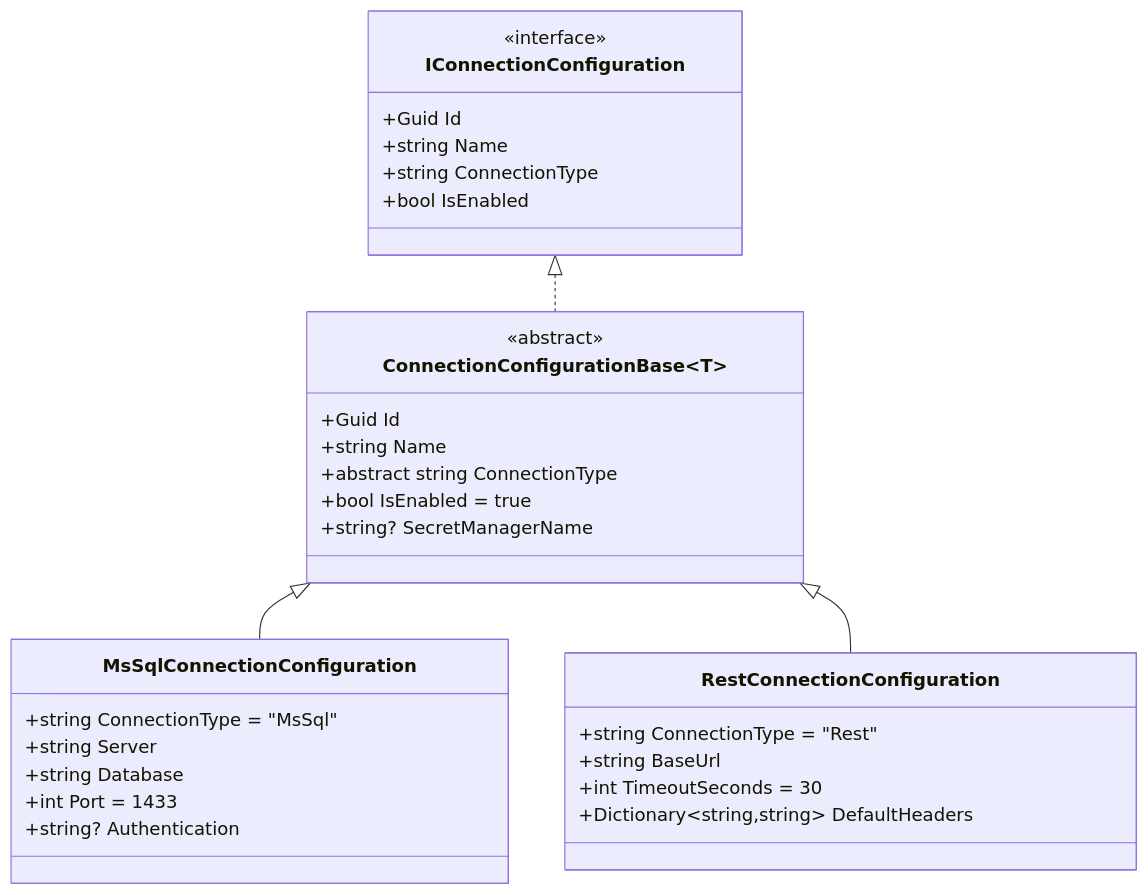
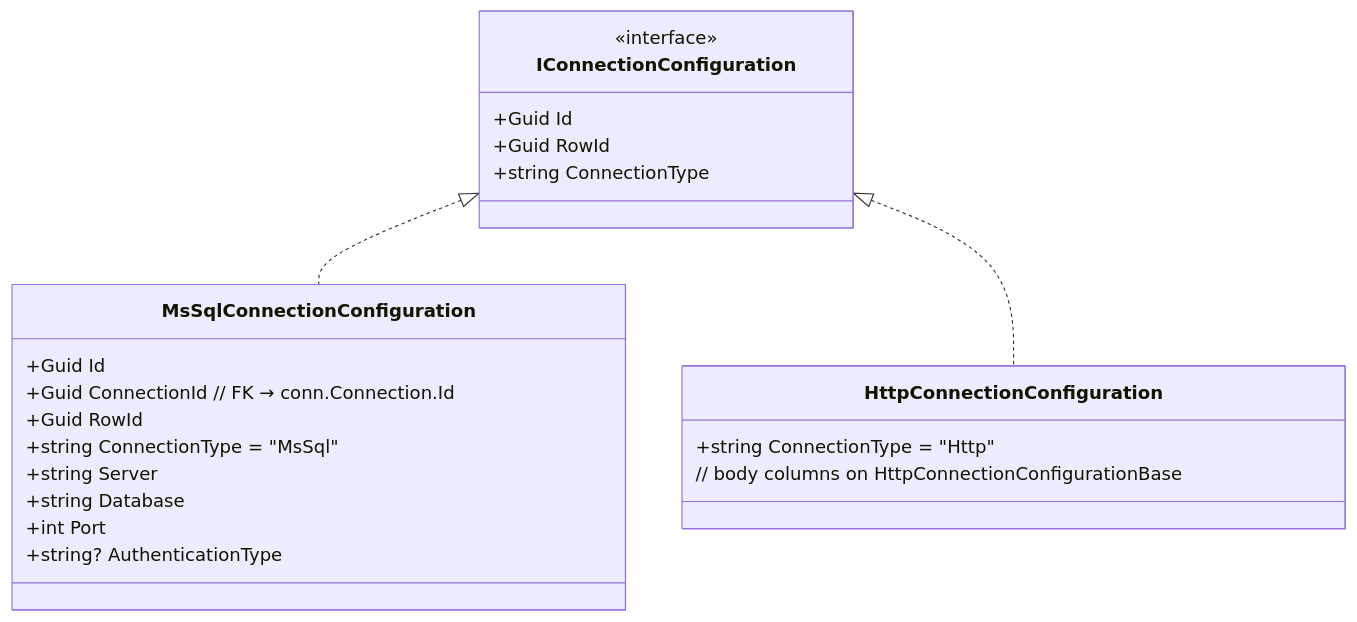
One commit to CyberdyneDevelopment/FractalDataWorks changed the third of 5 diagrams in wiki/03-01-ManagedConfiguration.md. Above: the diagram before and after it, drawn with Mermaid. The commit also changed other lines of this file and 11549 other files, not shown here.

````diff
--- a/wiki/03-01-ManagedConfiguration.md
+++ b/wiki/03-01-ManagedConfiguration.md
@@ -66,38 +98,28 @@
 ```mermaid
 classDiagram
     class IConnectionConfiguration {
         <<interface>>
         +Guid Id
-        +string Name
+        +Guid RowId
         +string ConnectionType
-        +bool IsEnabled
-    }
-
-    class ConnectionConfigurationBase~T~ {
-        <<abstract>>
-        +Guid Id
-        +string Name
-        +abstract string ConnectionType
-        +bool IsEnabled = true
-        +string? SecretManagerName
     }
 
     class MsSqlConnectionConfiguration {
+        +Guid Id
+        +Guid ConnectionId  // FK → conn.Connection.Id
+        +Guid RowId
         +string ConnectionType = "MsSql"
         +string Server
         +string Database
-        +int Port = 1433
-        +string? Authentication
+        +int Port
+        +string? AuthenticationType
     }
 
-    class RestConnectionConfiguration {
-        +string ConnectionType = "Rest"
-        +string BaseUrl
-        +int TimeoutSeconds = 30
-        +Dictionary~string,string~ DefaultHeaders
+    class HttpConnectionConfiguration {
+        +string ConnectionType = "Http"
+        // body columns on HttpConnectionConfigurationBase
     }
 
-    IConnectionConfiguration <|.. ConnectionConfigurationBase
-    ConnectionConfigurationBase <|-- MsSqlConnectionConfiguration
-    ConnectionConfigurationBase <|-- RestConnectionConfiguration
+    IConnectionConfiguration <|.. MsSqlConnectionConfiguration
+    IConnectionConfiguration <|.. HttpConnectionConfiguration
 ```
````
